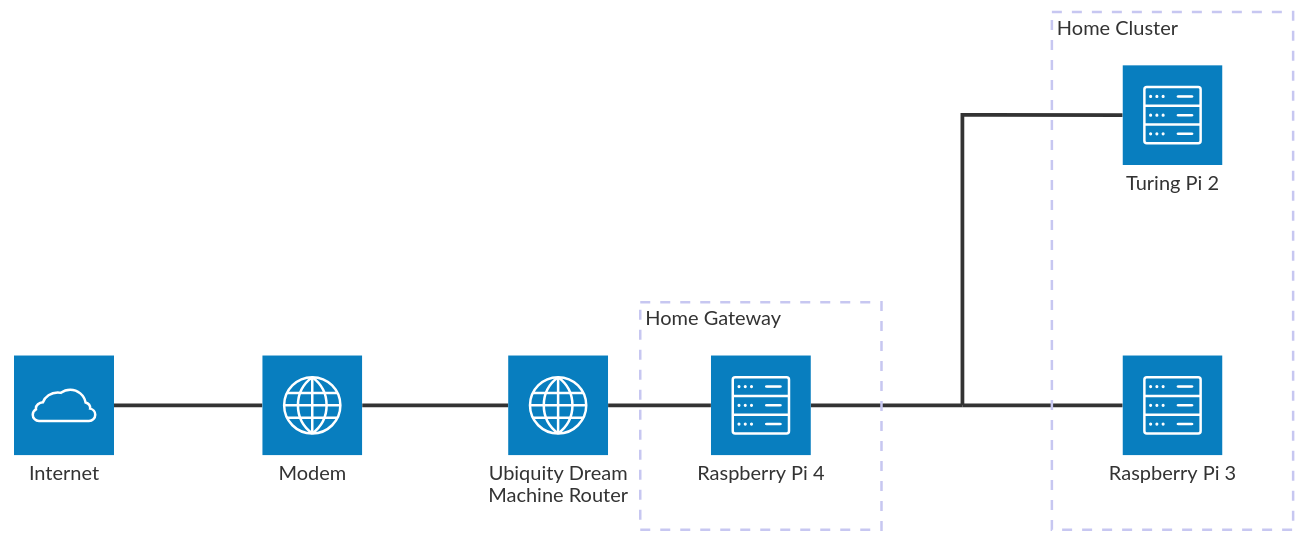
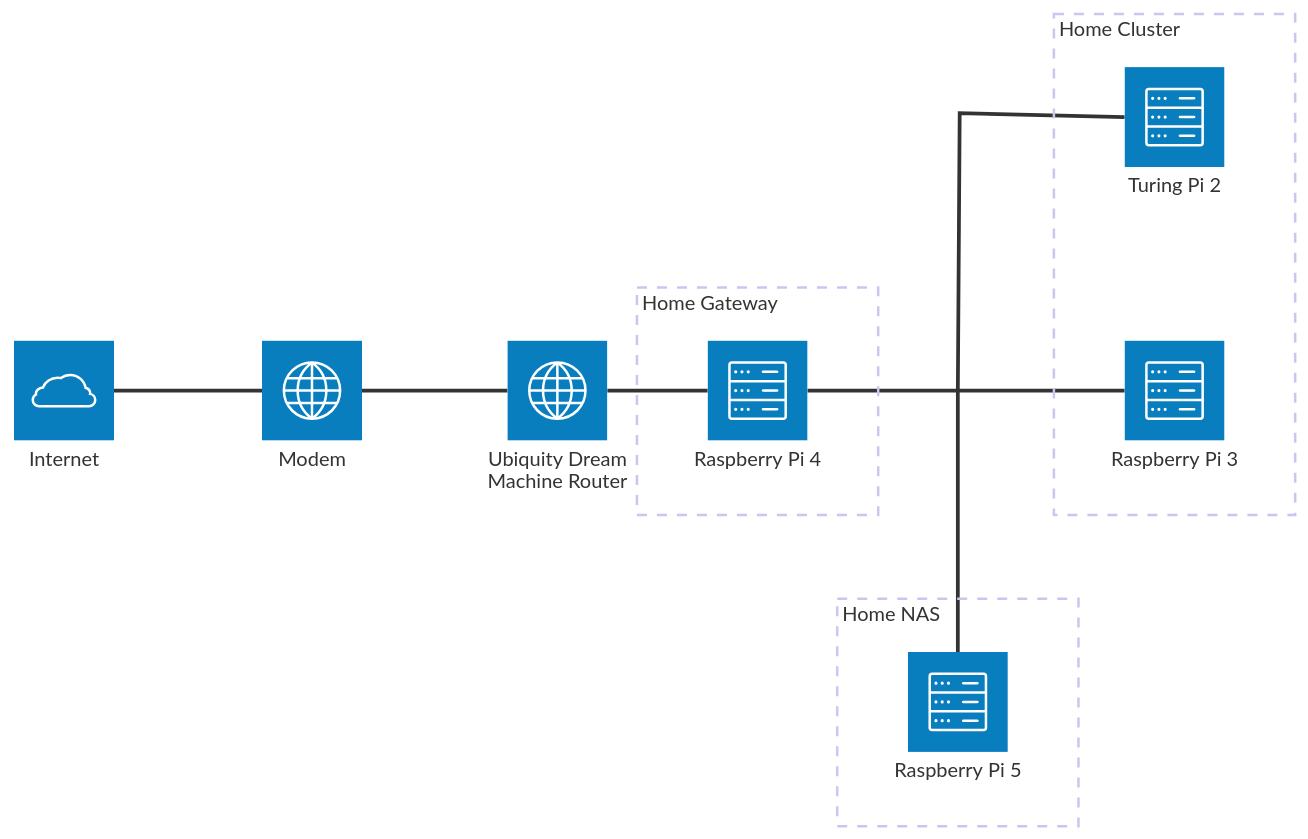
The diagram in README.md (ncasaux/home-lab), drawn with Mermaid before and after one commit. The commit also changed other lines of this file, not shown here.

Commit message:
Updated README with NAS (#85)

````diff
--- a/README.md
+++ b/README.md
@@ -17,21 +18,24 @@
 ```mermaid
 architecture-beta
   group homecluster[Home Cluster]
   group homegateway[Home Gateway]
+  group homenas[Home NAS]
 
   service internet(cloud)[Internet] 
   service modem(internet)[Modem]
   service udm(internet)[Ubiquity Dream Machine Router]
   service rpi4(server)[Raspberry Pi 4] in homegateway
   service tpi2(server)[Turing Pi 2] in homecluster
   service rpi3(server)[Raspberry Pi 3] in homecluster
+  service rpi5(server)[Raspberry Pi 5] in homenas
 
   junction junctionCenter
 
   internet:R -- L:modem
   modem:R -- L:udm
   udm:R -- L:rpi4
   rpi4:R -- L:junctionCenter
   junctionCenter:R -- L:rpi3
   junctionCenter:T -- L:tpi2
+  junctionCenter:B -- T:rpi5
 ```
````
